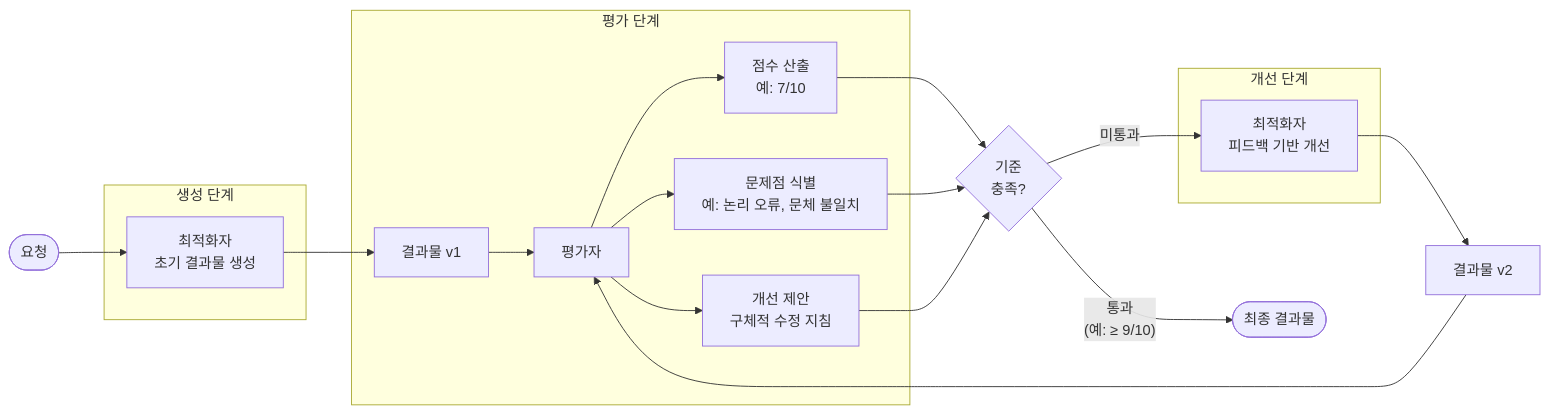
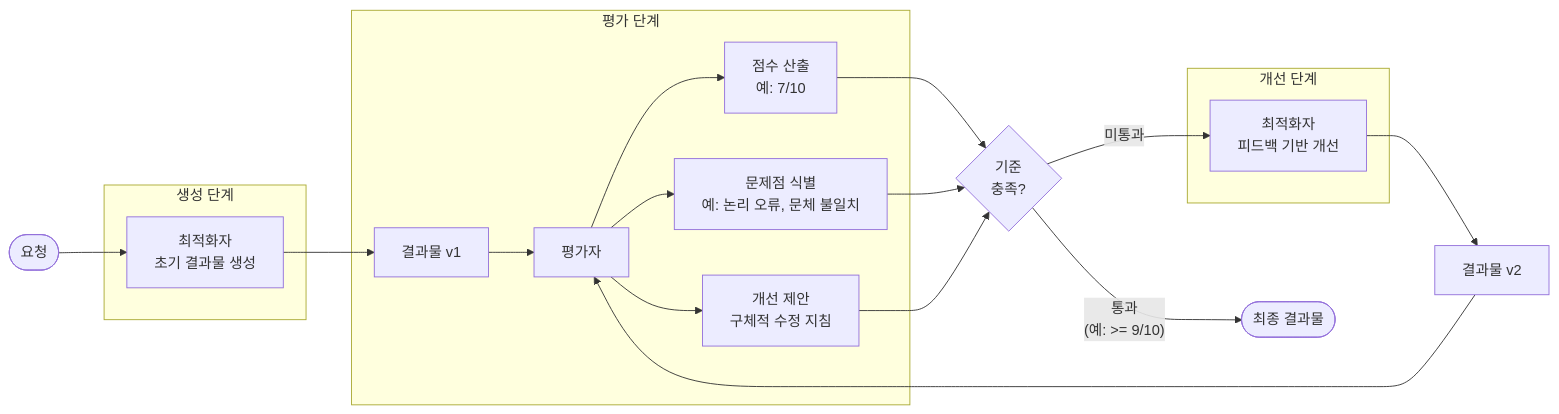
The second of 3 diagrams in docs/effective-agents/05-evaluator-optimizer.md (kimchanhyung98/agentic-workflows), drawn with Mermaid before and after one commit. The commit also changed other lines of this file and 8 other files, not shown here.

````diff
--- a/docs/effective-agents/05-evaluator-optimizer.md
+++ b/docs/effective-agents/05-evaluator-optimizer.md
@@ -36,31 +40,31 @@
 ```mermaid
 flowchart LR
     Request([요청]) --> Gen
 
     subgraph Generation["생성 단계"]
         Gen[최적화자\n초기 결과물 생성]
     end
 
     Gen --> Artifact[결과물 v1]
 
     subgraph Evaluation["평가 단계"]
         Artifact --> Eval[평가자]
         Eval --> Score[점수 산출\n예: 7/10]
         Eval --> Issues[문제점 식별\n예: 논리 오류, 문체 불일치]
         Eval --> Suggestions[개선 제안\n구체적 수정 지침]
     end
 
     Score --> Check{기준\n충족?}
     Issues --> Check
     Suggestions --> Check
 
-    Check -- "통과\n(예: ≥ 9/10)" --> Final([최종 결과물])
+    Check -- "통과\n(예: >= 9/10)" --> Final([최종 결과물])
     Check -- "미통과" --> Revise
 
     subgraph Revision["개선 단계"]
         Revise[최적화자\n피드백 기반 개선]
     end
 
     Revise --> Artifact2[결과물 v2]
     Artifact2 --> Eval
 ```
````
